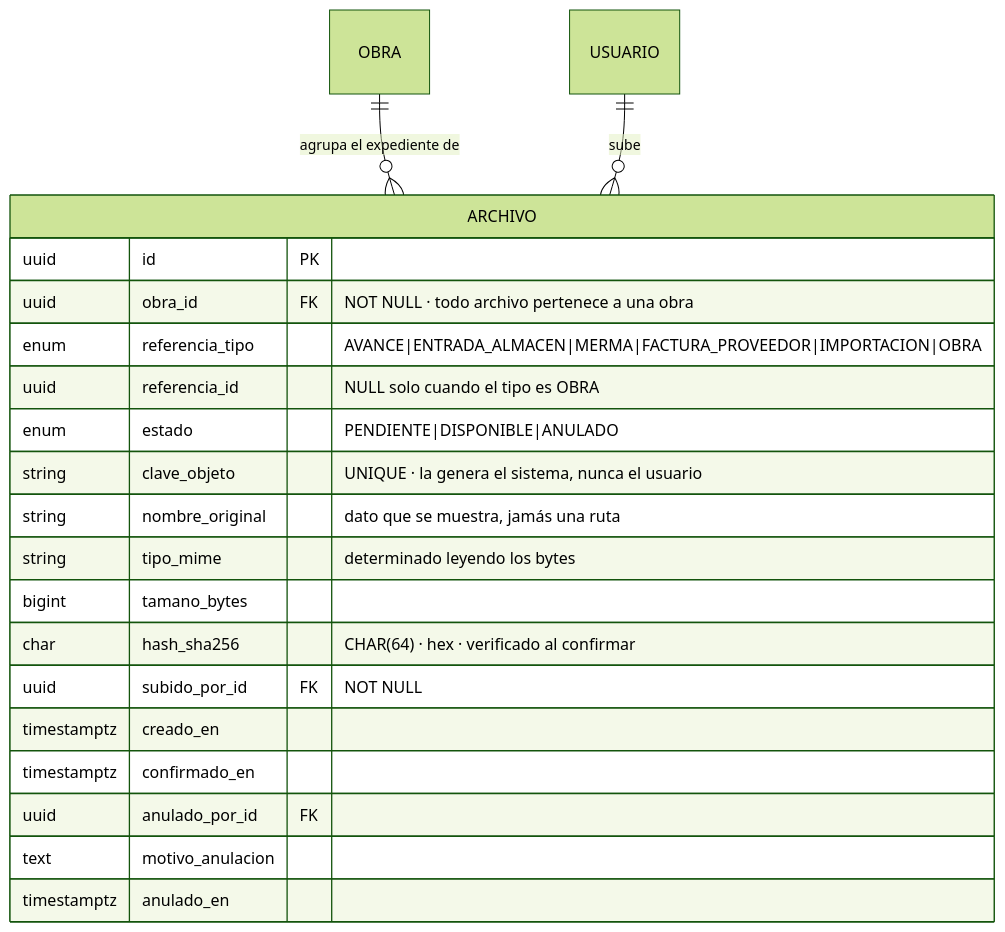
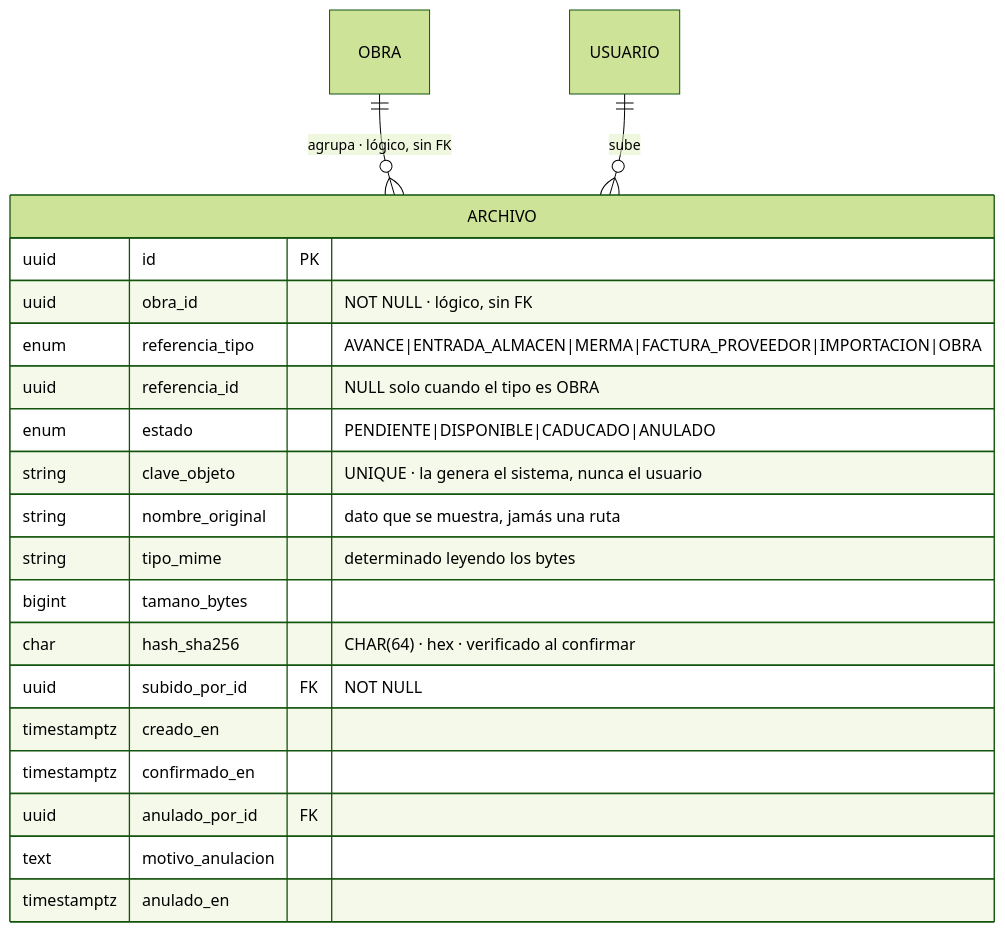
One commit to FranciscoRodSilva/IA4Devs-Proyecto-Final changed diagram 12 of 18 in docs/03-modelo-datos.md. Above: the diagram before and after it, drawn with Mermaid (forest theme). The commit also changed other lines of this file and 22 other files, not shown here.

````diff
--- a/docs/03-modelo-datos.md
+++ b/docs/03-modelo-datos.md
@@ -953,24 +1034,24 @@
 ```mermaid
 erDiagram
-    OBRA ||--o{ ARCHIVO : "agrupa el expediente de"
+    OBRA ||--o{ ARCHIVO : "agrupa · lógico, sin FK"
     USUARIO ||--o{ ARCHIVO : "sube"
 
     ARCHIVO {
         uuid id PK
-        uuid obra_id FK "NOT NULL · todo archivo pertenece a una obra"
+        uuid obra_id "NOT NULL · lógico, sin FK"
         enum referencia_tipo "AVANCE|ENTRADA_ALMACEN|MERMA|FACTURA_PROVEEDOR|IMPORTACION|OBRA"
         uuid referencia_id "NULL solo cuando el tipo es OBRA"
-        enum estado "PENDIENTE|DISPONIBLE|ANULADO"
+        enum estado "PENDIENTE|DISPONIBLE|CADUCADO|ANULADO"
         string clave_objeto "UNIQUE · la genera el sistema, nunca el usuario"
         string nombre_original "dato que se muestra, jamás una ruta"
         string tipo_mime "determinado leyendo los bytes"
         bigint tamano_bytes
         char hash_sha256 "CHAR(64) · hex · verificado al confirmar"
         uuid subido_por_id FK "NOT NULL"
         timestamptz creado_en
         timestamptz confirmado_en
         uuid anulado_por_id FK
         text motivo_anulacion
         timestamptz anulado_en
     }
 ```
````
